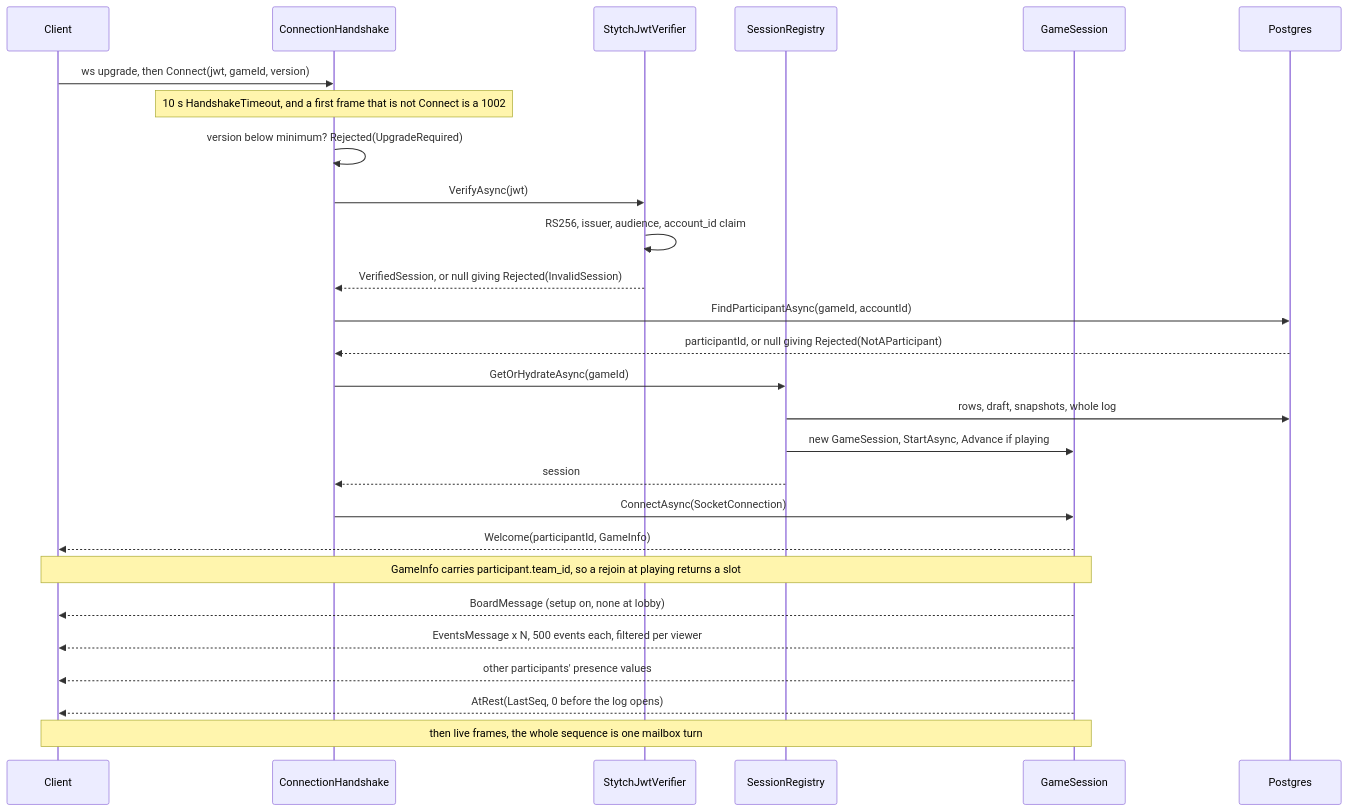
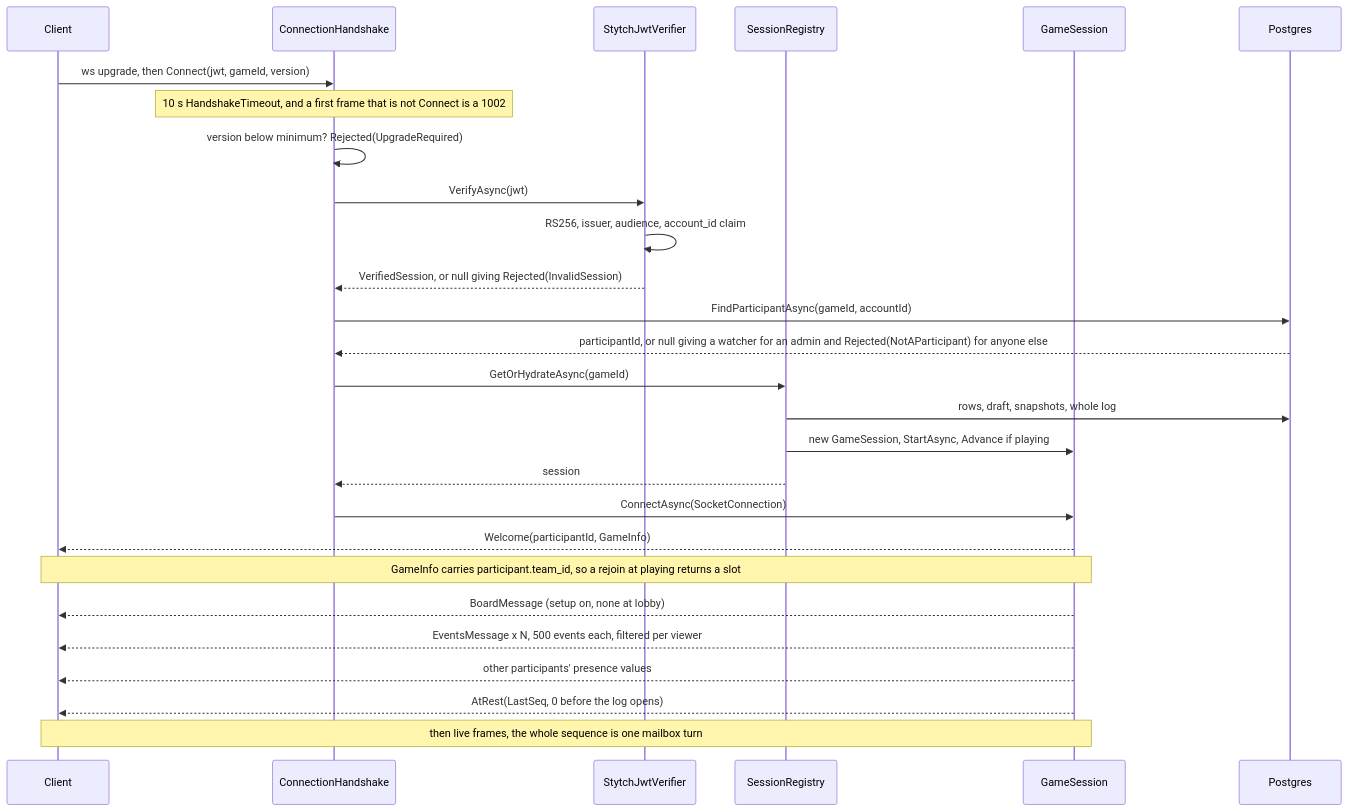
The fifth of 12 diagrams in docs/design/game-server/design.md (cstupi/tabletop), drawn with Mermaid before and after one commit. The commit also changed other lines of this file and 33 other files, not shown here.

````diff
--- a/docs/design/game-server/design.md
+++ b/docs/design/game-server/design.md
@@ -848,30 +873,30 @@
 ```mermaid
 sequenceDiagram
     participant C as Client
     participant H as ConnectionHandshake
     participant V as StytchJwtVerifier
     participant R as SessionRegistry
     participant S as GameSession
     participant DB as Postgres
 
     C->>H: ws upgrade, then Connect(jwt, gameId, version)
     Note over H: 10 s HandshakeTimeout, and a first frame that is not Connect is a 1002
     H->>H: version below minimum? Rejected(UpgradeRequired)
     H->>V: VerifyAsync(jwt)
     V->>V: RS256, issuer, audience, account_id claim
     V-->>H: VerifiedSession, or null giving Rejected(InvalidSession)
     H->>DB: FindParticipantAsync(gameId, accountId)
-    DB-->>H: participantId, or null giving Rejected(NotAParticipant)
+    DB-->>H: participantId, or null giving a watcher for an admin and Rejected(NotAParticipant) for anyone else
     H->>R: GetOrHydrateAsync(gameId)
     R->>DB: rows, draft, snapshots, whole log
     R->>S: new GameSession, StartAsync, Advance if playing
     R-->>H: session
     H->>S: ConnectAsync(SocketConnection)
     S-->>C: Welcome(participantId, GameInfo)
     Note over S,C: GameInfo carries participant.team_id, so a rejoin at playing returns a slot
     S-->>C: BoardMessage (setup on, none at lobby)
     S-->>C: EventsMessage x N, 500 events each, filtered per viewer
     S-->>C: other participants' presence values
     S-->>C: AtRest(LastSeq, 0 before the log opens)
     Note over S,C: then live frames, the whole sequence is one mailbox turn
 ```
````
